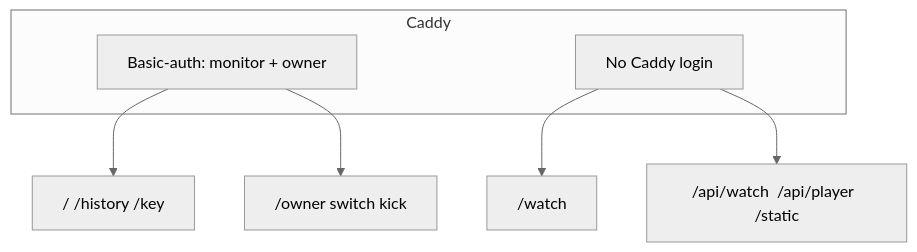
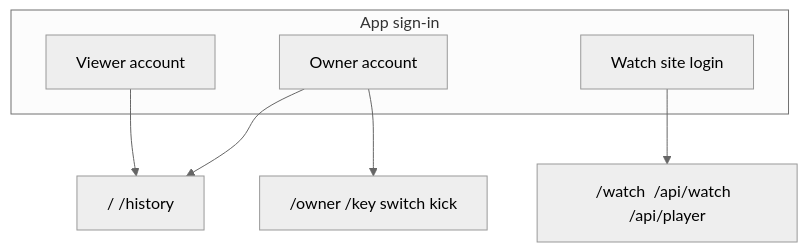
Before and after one commit to RootsReps420/IPTV-Custom-API: the second of 4 diagrams in README.md, drawn with Mermaid (neutral theme). The commit also changed other lines of this file and 19 other files, not shown here.

````diff
--- a/README.md
+++ b/README.md
@@ -48,12 +48,13 @@
 ```mermaid
 flowchart TB
-  subgraph caddy [Caddy]
-    BA[Basic-auth: monitor + owner]
-    Open[No Caddy login]
+  subgraph signin [App sign-in]
+    Owner[Owner account]
+    Viewer[Viewer account]
+    WL[Watch site login]
   end
 
-  BA --> Pub["/  /history  /key"]
-  BA --> Own["/owner  switch  kick"]
-  Open --> W["/watch"]
-  Open --> API["/api/watch  /api/player  /static"]
+  Viewer --> Pub["/  /history"]
+  Owner --> Pub
+  Owner --> Own["/owner  /key  switch  kick"]
+  WL --> W["/watch  /api/watch  /api/player"]
 ```
````
